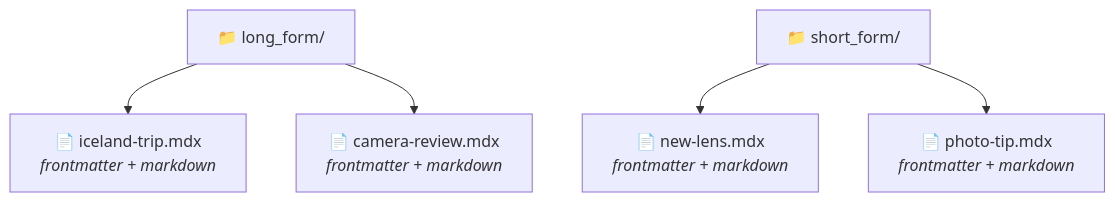
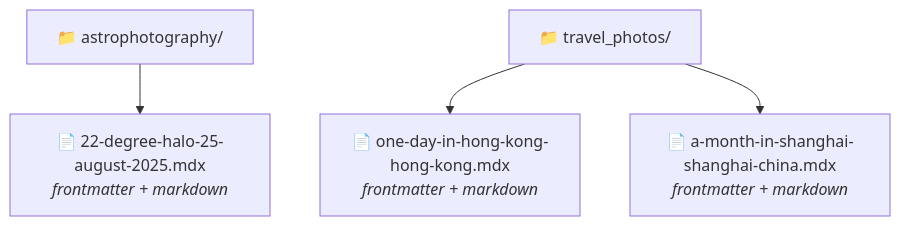
Before and after one commit to ZhunHao/my-website: the fifth of 9 diagrams in README.md, drawn with Mermaid. The commit also changed other lines of this file, not shown here.

````diff
--- a/README.md
+++ b/README.md
@@ -261,8 +261,7 @@
 ```mermaid
 graph TD
-    B["📁 long_form/"] --> H["📄 iceland-trip.mdx<br><i>frontmatter + markdown</i>"]
-    B --> I["📄 camera-review.mdx<br><i>frontmatter + markdown</i>"]
+    B["📁 astrophotography/"] --> H["📄 22-degree-halo-25-august-2025.mdx<br><i>frontmatter + markdown</i>"]
 
-    C["📁 short_form/"] --> J["📄 new-lens.mdx<br><i>frontmatter + markdown</i>"]
-    C --> K["📄 photo-tip.mdx<br><i>frontmatter + markdown</i>"]
+    C["📁 travel_photos/"] --> J["📄 one-day-in-hong-kong-hong-kong.mdx<br><i>frontmatter + markdown</i>"]
+    C --> K["📄 a-month-in-shanghai-shanghai-china.mdx<br><i>frontmatter + markdown</i>"]
 ```
````
